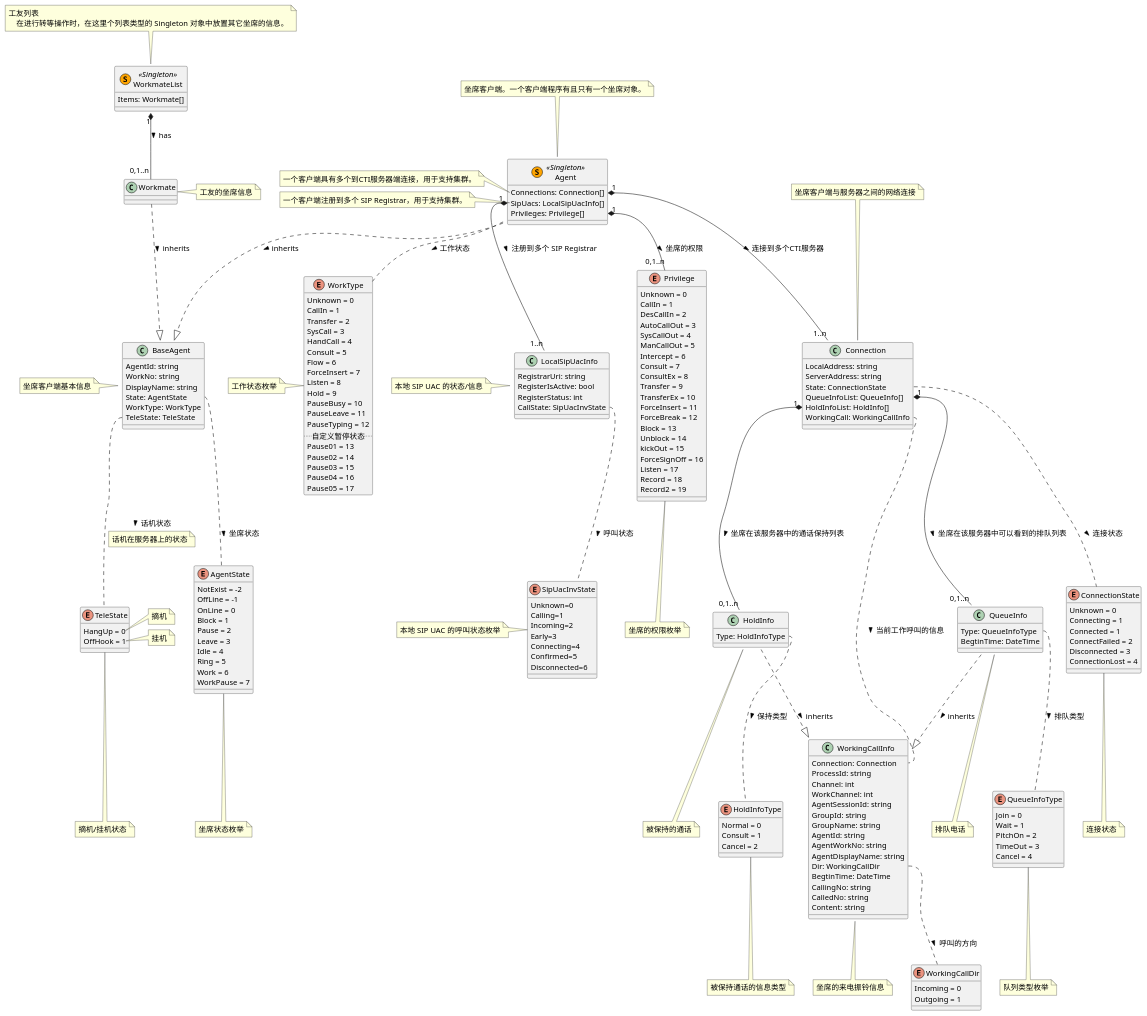
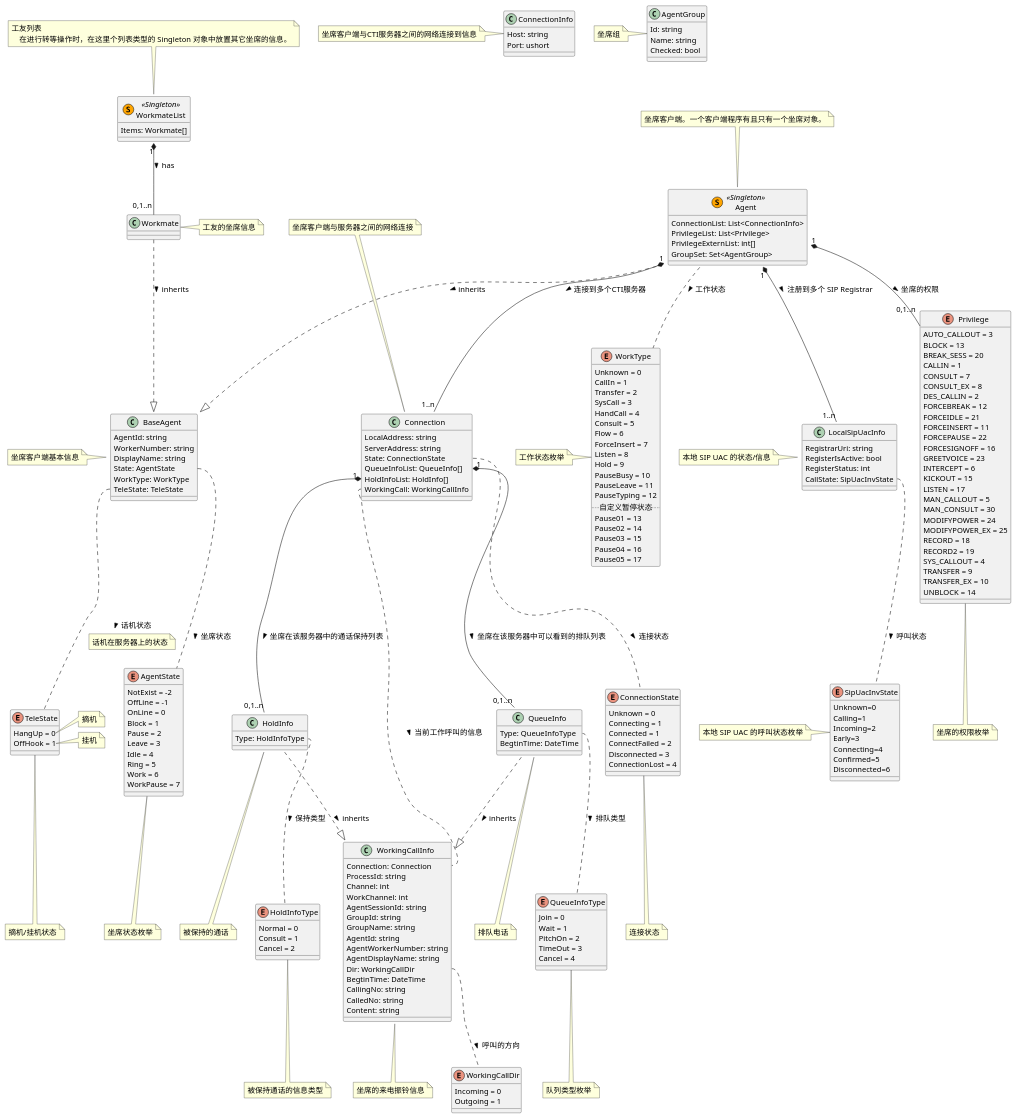
The diagram in docs/classes.puml (tanbro/ipsc6-agent), drawn with PlantUML before and after one commit. The commit also changed 3 other files, not shown here.

```diff
--- a/docs/classes.puml
+++ b/docs/classes.puml
@@ -4,7 +4,7 @@
 
 class BaseAgent {
     AgentId: string
-    WorkNo: string
+    WorkerNumber: string
     DisplayName: string
     State: AgentState
     WorkType: WorkType
@@ -22,10 +22,56 @@
     工友列表\n\
     在进行转等操作时，在这里个列表类型的 Singleton 对象中放置其它坐席的信息。
 
+class ConnectionInfo {
+    Host: string
+    Port: ushort
+}
+note left: 坐席客户端与CTI服务器之间的网络连接到信息
+
+enum Privilege
+{
+    AUTO_CALLOUT = 3
+    BLOCK = 13
+    BREAK_SESS = 20
+    CALLIN = 1
+    CONSULT = 7
+    CONSULT_EX = 8
+    DES_CALLIN = 2
+    FORCEBREAK = 12
+    FORCEIDLE = 21
+    FORCEINSERT = 11
+    FORCEPAUSE = 22
+    FORCESIGNOFF = 16
+    GREETVOICE = 23
+    INTERCEPT = 6
+    KICKOUT = 15
+    LISTEN = 17
+    MAN_CALLOUT = 5
+    MAN_CONSULT = 30
+    MODIFYPOWER = 24
+    MODIFYPOWER_EX = 25
+    RECORD = 18
+    RECORD2 = 19
+    SYS_CALLOUT = 4
+    TRANSFER = 9
+    TRANSFER_EX = 10
+    UNBLOCK = 14
+}
+note bottom: 坐席的权限枚举
+
+class AgentGroup {
+    Id: string
+    Name: string
+    Checked: bool
+}
+note left: 坐席组
+
 class Agent << (S, Orange) Singleton >> {
-    Connections: Connection[]
-    SipUacs: LocalSipUacInfo[]
-    Privileges: Privilege[]
+    ConnectionList: List<ConnectionInfo>
+    PrivilegeList: List<Privilege>
+    PrivilegeExternList: int[]
+    GroupSet: Set<AgentGroup>
+
 }
 note top: 坐席客户端。一个客户端程序有且只有一个坐席对象。
 
@@ -114,30 +160,6 @@
     挂机
 endnote
 
-enum Privilege {
-    Unknown = 0
-    CallIn = 1
-    DesCallIn = 2
-    AutoCallOut = 3
-    SysCallOut = 4
-    ManCallOut = 5
-    Intercept = 6
-    Consult = 7
-    ConsultEx = 8
-    Transfer = 9
-    TransferEx = 10
-    ForceInsert = 11
-    ForceBreak = 12
-    Block = 13
-    Unblock = 14
-    kickOut = 15
-    ForceSignOff = 16
-    Listen = 17
-    Record = 18
-    Record2 = 19
-}
-note bottom: 坐席的权限枚举
-
 class QueueInfo {
     Type: QueueInfoType
     BegtinTime: DateTime
@@ -163,7 +185,7 @@
     GroupId: string
     GroupName: string
     AgentId: string
-    AgentWorkNo: string
+    AgentWorkerNumber: string
     AgentDisplayName: string
     Dir: WorkingCallDir
     BegtinTime: DateTime
```
